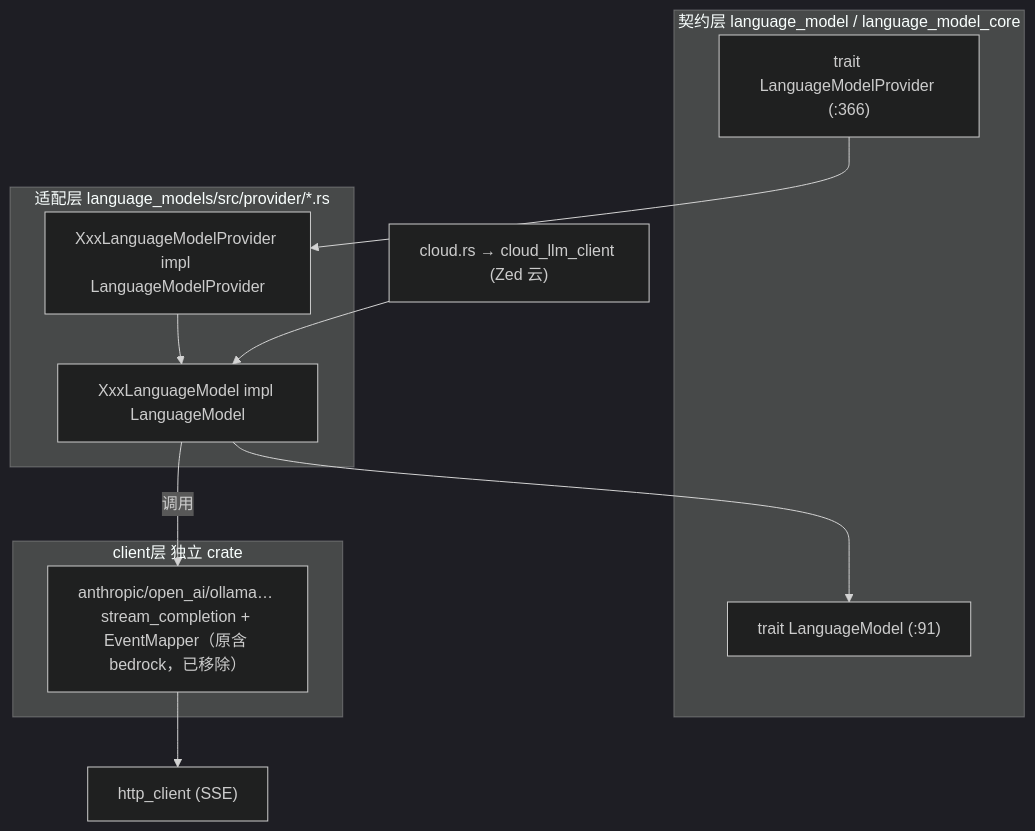
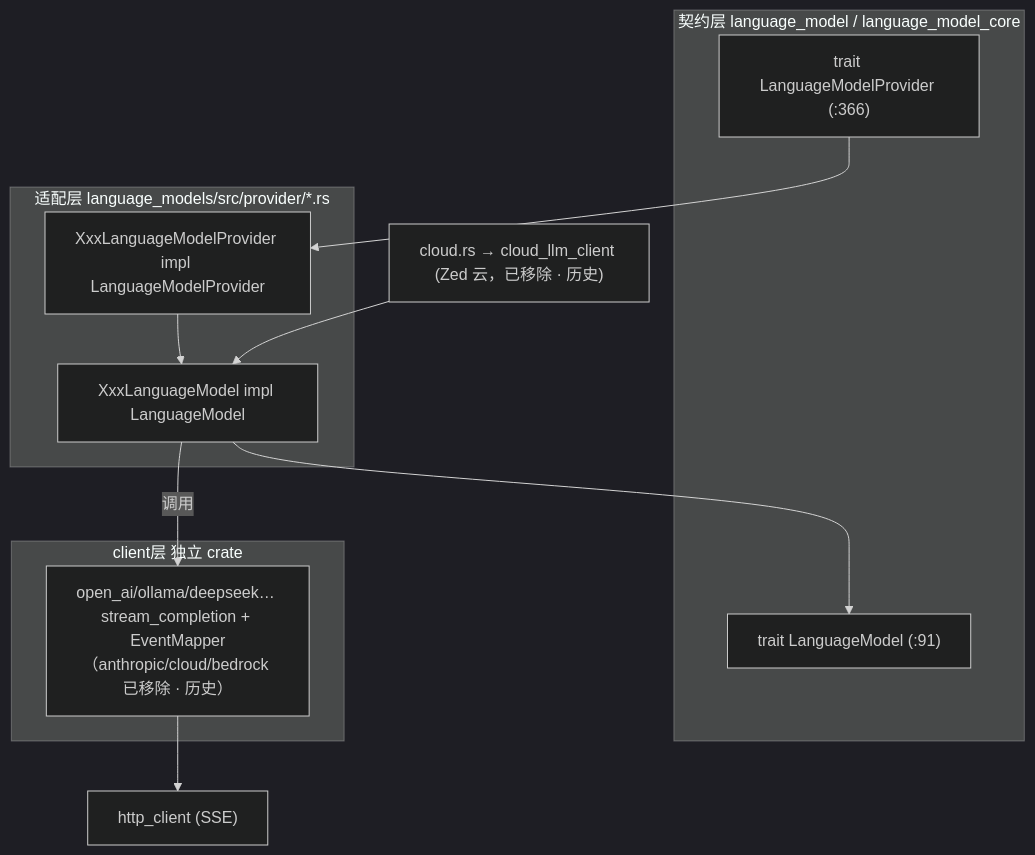
Before and after one commit to rzhangjing/zed: the first of 2 diagrams in wiki/Model-Providers-Deep-Dive.md, drawn with Mermaid (dark theme). The commit also changed other lines of this file and 270 other files, not shown here.

````diff
--- a/wiki/Model-Providers-Deep-Dive.md
+++ b/wiki/Model-Providers-Deep-Dive.md
@@ -9,18 +9,18 @@
 ```mermaid
 graph TB
     subgraph 契约层 language_model / language_model_core
     LM["trait LanguageModel (:91)"]
     LP["trait LanguageModelProvider (:366)"]
     end
     subgraph 适配层 language_models/src/provider/*.rs
     ADP["XxxLanguageModelProvider impl LanguageModelProvider"]
     ALM["XxxLanguageModel impl LanguageModel"]
     end
     subgraph client层 独立 crate
-    CLI["anthropic/open_ai/ollama… stream_completion + EventMapper（原含 bedrock，已移除）"]
+    CLI["open_ai/ollama/deepseek… stream_completion + EventMapper（anthropic/cloud/bedrock 已移除 · 历史）"]
     end
     LP --> ADP --> ALM --> LM
     ALM -->|调用| CLI
     CLI --> HTTP["http_client (SSE)"]
-    CLOUD["cloud.rs → cloud_llm_client (Zed 云)"] --> ALM
+    CLOUD["cloud.rs → cloud_llm_client (Zed 云，已移除 · 历史)"] --> ALM
 ```
````
